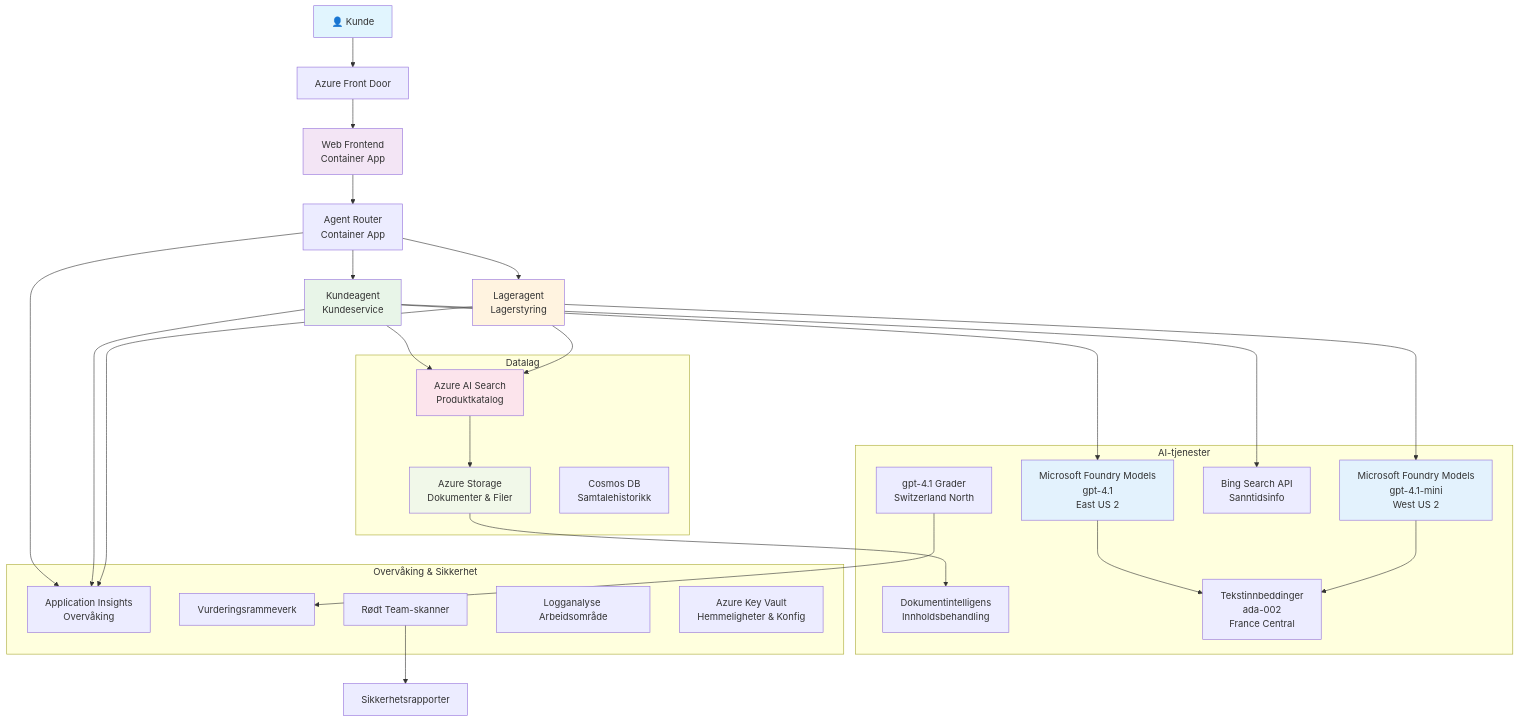
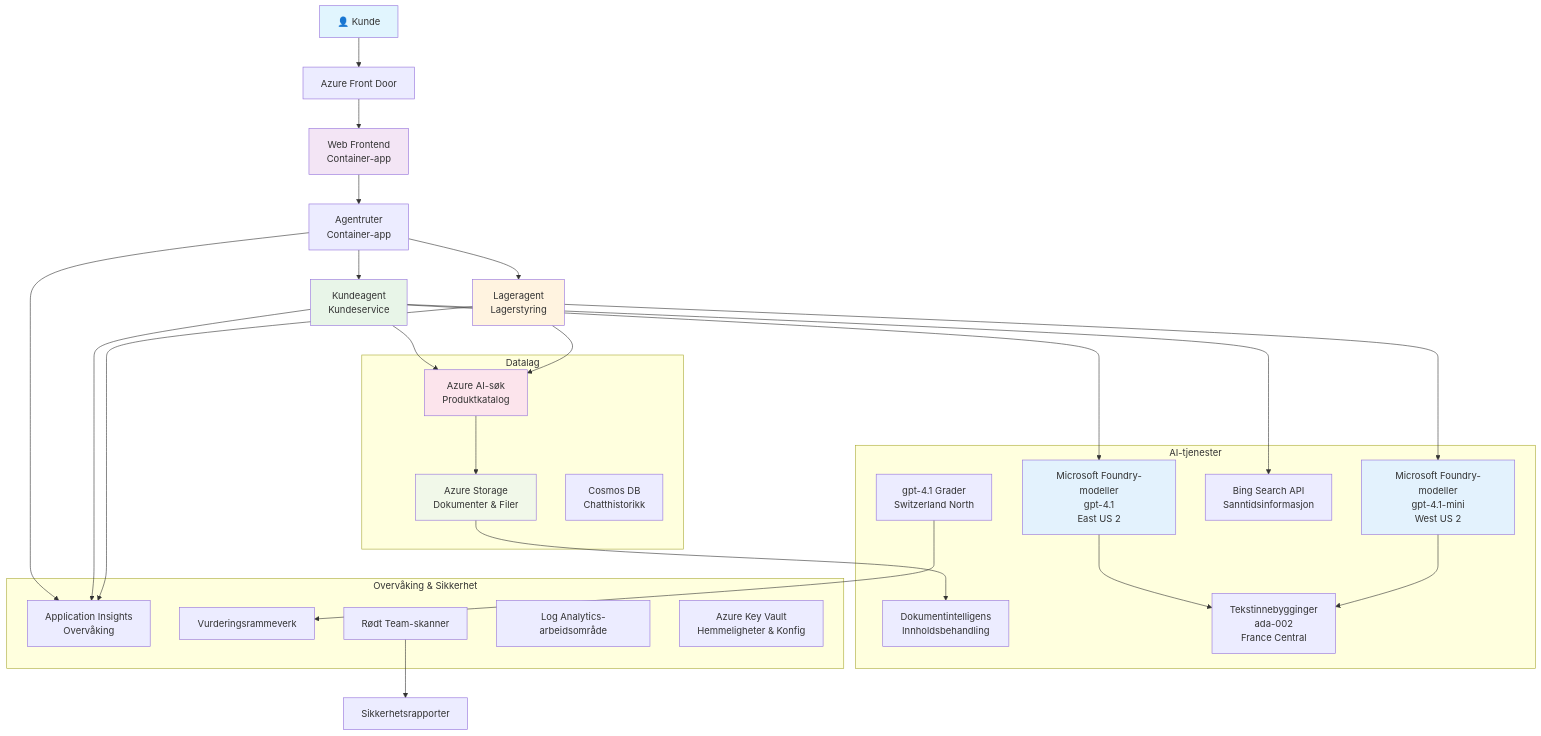
The diagram in translations/no/examples/retail-scenario.md (microsoft/AZD-for-beginners), drawn with Mermaid before and after one commit. The commit also changed other lines of this file and 104 other files, not shown here.

````diff
--- a/translations/no/examples/retail-scenario.md
+++ b/translations/no/examples/retail-scenario.md
@@ -139,61 +139,61 @@
 ```mermaid
 graph TB
     User[👤 Kunde] --> LB[Azure Front Door]
-    LB --> WebApp[Web Frontend<br/>Container App]
+    LB --> WebApp[Web Frontend<br/>Container-app]
     
-    WebApp --> Router[Agent Router<br/>Container App]
+    WebApp --> Router[Agentruter<br/>Container-app]
     Router --> CustomerAgent[Kundeagent<br/>Kundeservice]
     Router --> InvAgent[Lageragent<br/>Lagerstyring]
     
-    CustomerAgent --> OpenAI1[Microsoft Foundry Models<br/>gpt-4.1<br/>East US 2]
-    InvAgent --> OpenAI2[Microsoft Foundry Models<br/>gpt-4.1-mini<br/>West US 2]
+    CustomerAgent --> OpenAI1[Microsoft Foundry-modeller<br/>gpt-4.1<br/>East US 2]
+    InvAgent --> OpenAI2[Microsoft Foundry-modeller<br/>gpt-4.1-mini<br/>West US 2]
     
-    CustomerAgent --> AISearch[Azure AI Search<br/>Produktkatalog]
-    CustomerAgent --> BingSearch[Bing Search API<br/>Sanntidsinfo]
+    CustomerAgent --> AISearch[Azure AI-søk<br/>Produktkatalog]
+    CustomerAgent --> BingSearch[Bing Search API<br/>Sanntidsinformasjon]
     InvAgent --> AISearch
     
     AISearch --> Storage[Azure Storage<br/>Dokumenter & Filer]
     Storage --> DocIntel[Dokumentintelligens<br/>Innholdsbehandling]
     
-    OpenAI1 --> Embeddings[Tekstinnbeddinger<br/>ada-002<br/>France Central]
+    OpenAI1 --> Embeddings[Tekstinnebygginger<br/>ada-002<br/>France Central]
     OpenAI2 --> Embeddings
     
     Router --> AppInsights[Application Insights<br/>Overvåking]
     CustomerAgent --> AppInsights
     InvAgent --> AppInsights
     
     GraderModel[gpt-4.1 Grader<br/>Switzerland North] --> Evaluation[Vurderingsrammeverk]
     RedTeam[Rødt Team-skanner] --> SecurityReports[Sikkerhetsrapporter]
     
     subgraph "Datalag"
         Storage
         AISearch
-        CosmosDB[Cosmos DB<br/>Samtalehistorikk]
+        CosmosDB[Cosmos DB<br/>Chatthistorikk]
     end
     
     subgraph "AI-tjenester"
         OpenAI1
         OpenAI2
         Embeddings
         GraderModel
         DocIntel
         BingSearch
     end
     
     subgraph "Overvåking & Sikkerhet"
         AppInsights
-        LogAnalytics[Logganalyse Arbeidsområde]
+        LogAnalytics[Log Analytics-arbeidsområde]
         KeyVault[Azure Key Vault<br/>Hemmeligheter & Konfig]
         RedTeam
         Evaluation
     end
     
     style User fill:#e1f5fe
     style WebApp fill:#f3e5f5
     style CustomerAgent fill:#e8f5e8
     style InvAgent fill:#fff3e0
     style OpenAI1 fill:#e3f2fd
     style OpenAI2 fill:#e3f2fd
     style AISearch fill:#fce4ec
     style Storage fill:#f1f8e9
 ```
````
